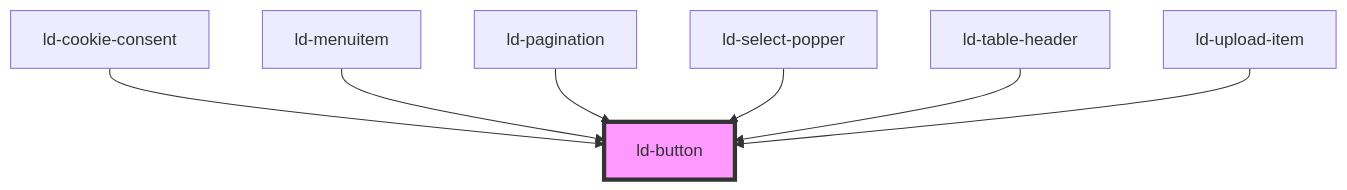
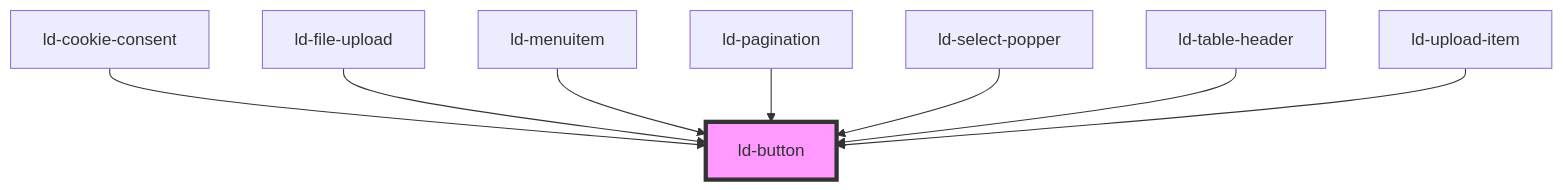
Before and after one commit to emdgroup-liquid/liquid: the diagram in src/liquid/components/ld-button/readme.md, drawn with Mermaid. The commit also changed other lines of this file and 5 other files, not shown here.

````diff
--- a/src/liquid/components/ld-button/readme.md
+++ b/src/liquid/components/ld-button/readme.md
@@ -690,10 +691,11 @@
 ```mermaid
 graph TD;
   ld-cookie-consent --> ld-button
+  ld-file-upload --> ld-button
   ld-menuitem --> ld-button
   ld-pagination --> ld-button
   ld-select-popper --> ld-button
   ld-table-header --> ld-button
   ld-upload-item --> ld-button
   style ld-button fill:#f9f,stroke:#333,stroke-width:4px
 ```
````
